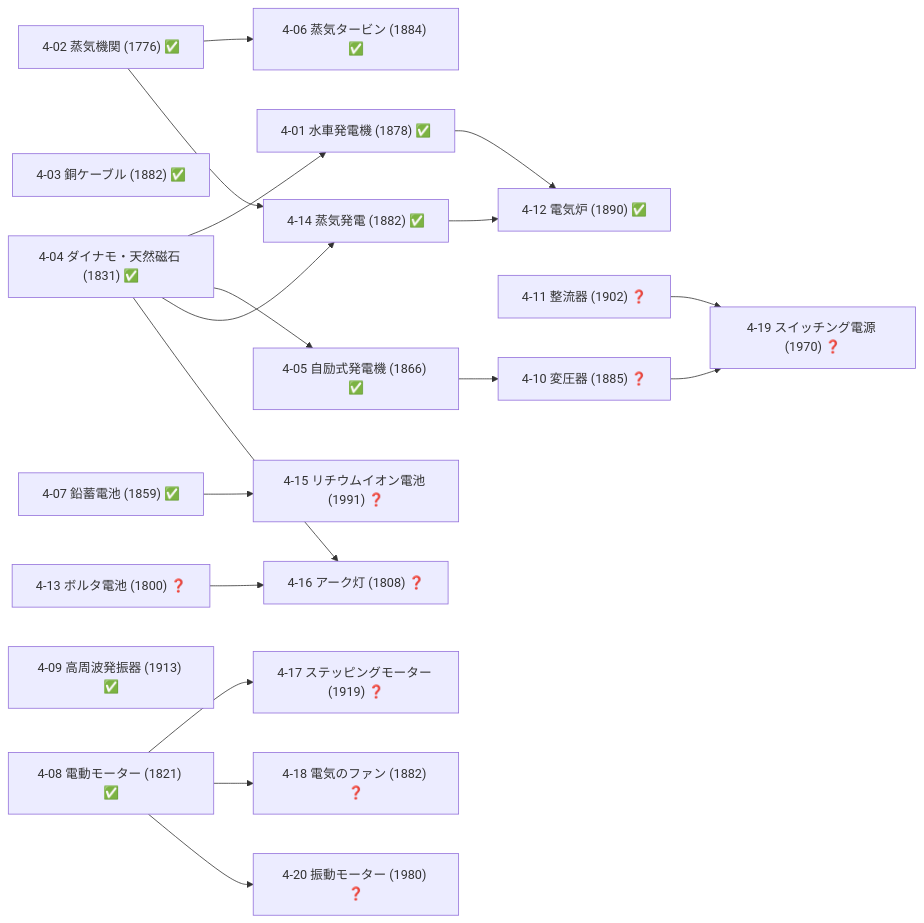
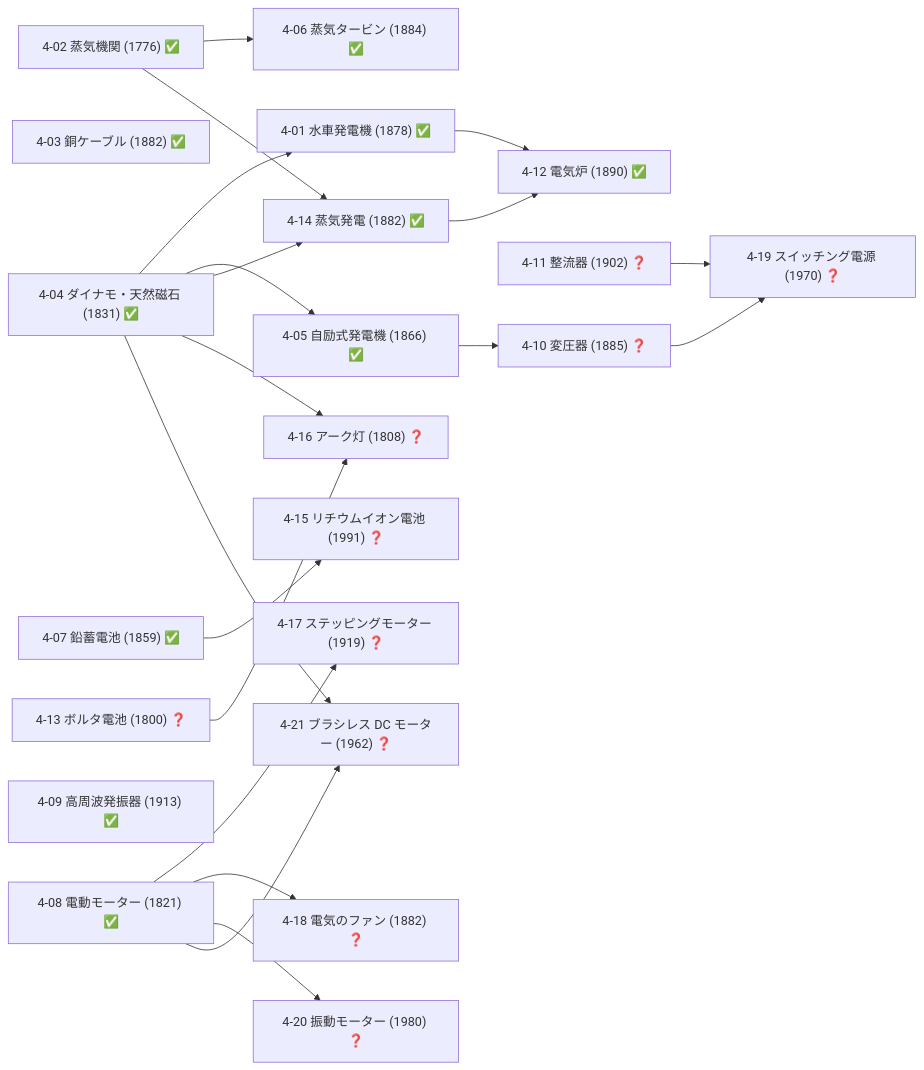
The seventh of 19 diagrams in docs/TECH_TREE_VIEW.md (taku3i0317-collab/semiconductor-lab), drawn with Mermaid before and after one commit. The commit also changed other lines of this file and 13 other files, not shown here.

````diff
--- a/docs/TECH_TREE_VIEW.md
+++ b/docs/TECH_TREE_VIEW.md
@@ -360,39 +363,42 @@
 ```mermaid
 graph LR
   n4_01["4-01 水車発電機 (1878) ✅"]
   n4_02["4-02 蒸気機関 (1776) ✅"]
   n4_03["4-03 銅ケーブル (1882) ✅"]
   n4_04["4-04 ダイナモ・天然磁石 (1831) ✅"]
   n4_05["4-05 自励式発電機 (1866) ✅"]
   n4_06["4-06 蒸気タービン (1884) ✅"]
   n4_07["4-07 鉛蓄電池 (1859) ✅"]
   n4_08["4-08 電動モーター (1821) ✅"]
   n4_09["4-09 高周波発振器 (1913) ✅"]
   n4_10["4-10 変圧器 (1885) ❓"]
   n4_11["4-11 整流器 (1902) ❓"]
   n4_12["4-12 電気炉 (1890) ✅"]
   n4_13["4-13 ボルタ電池 (1800) ❓"]
   n4_14["4-14 蒸気発電 (1882) ✅"]
   n4_15["4-15 リチウムイオン電池 (1991) ❓"]
   n4_16["4-16 アーク灯 (1808) ❓"]
   n4_17["4-17 ステッピングモーター (1919) ❓"]
   n4_18["4-18 電気のファン (1882) ❓"]
   n4_19["4-19 スイッチング電源 (1970) ❓"]
   n4_20["4-20 振動モーター (1980) ❓"]
+  n4_21["4-21 ブラシレス DC モーター (1962) ❓"]
   n4_04-->n4_01
   n4_04-->n4_05
   n4_02-->n4_06
   n4_05-->n4_10
   n4_01-->n4_12
   n4_14-->n4_12
   n4_02-->n4_14
   n4_04-->n4_14
   n4_07-->n4_15
   n4_04-->n4_16
   n4_13-->n4_16
   n4_08-->n4_17
   n4_08-->n4_18
   n4_10-->n4_19
   n4_11-->n4_19
   n4_08-->n4_20
+  n4_04-->n4_21
+  n4_08-->n4_21
 ```
````
